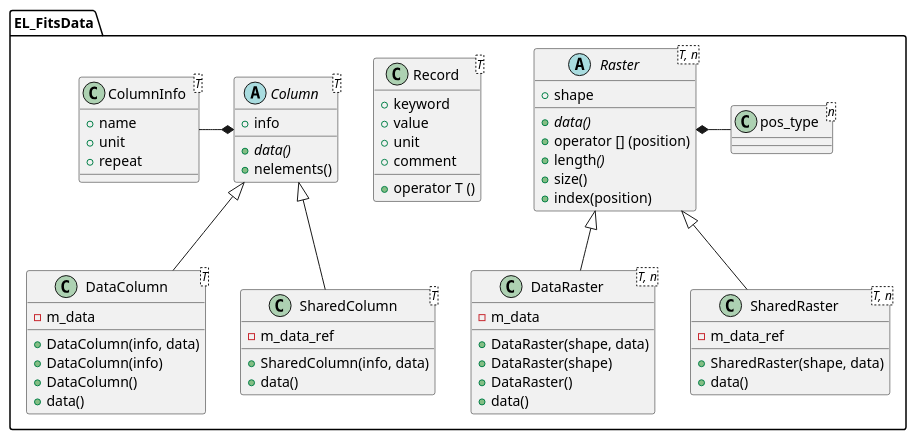
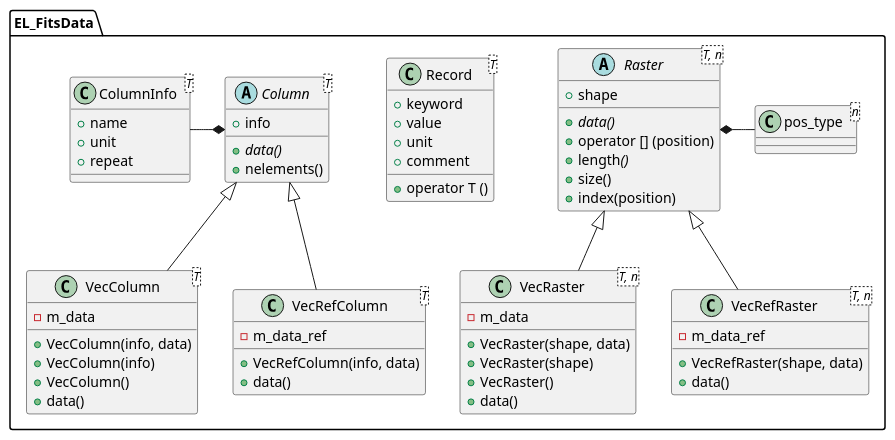
The diagram in doc/diagrams/src/FitsData.puml (CNES/EleFits), drawn with PlantUML before and after one commit. The commit also changed 22 other files, not shown here.

```diff
--- a/doc/diagrams/src/FitsData.puml
+++ b/doc/diagrams/src/FitsData.puml
@@ -1,77 +1,77 @@
 @startuml
 
 package EL_FitsData {
 
-Raster <|-- DataRaster
-Raster <|-- SharedRaster
+Raster <|-- VecRaster
+Raster <|-- VecRefRaster
 Raster *- pos_type
 
 Record -[hidden] Record
 
-Column <|-- DataColumn
-Column <|-- SharedColumn
+Column <|-- VecColumn
+Column <|-- VecRefColumn
 ColumnInfo -* Column
 
 class pos_type<n> {
 }
 
 abstract class Raster<T, n> {
 + shape
 + {abstract} data()
 + operator [] (position)
 + length<i>()
 + size()
 + index(position)
 }
 
-class DataRaster<T, n> {
+class VecRaster<T, n> {
 - m_data
-+ DataRaster(shape, data)
-+ DataRaster(shape)
-+ DataRaster()
++ VecRaster(shape, data)
++ VecRaster(shape)
++ VecRaster()
 + data()
 }
 
-class SharedRaster<T, n> {
+class VecRefRaster<T, n> {
 - m_data_ref
-+ SharedRaster(shape, data)
++ VecRefRaster(shape, data)
 + data()
 }
 
 class Record<T> {
 + keyword
 + value
 + unit
 + comment
 + operator T ()
 }
 
 class ColumnInfo<T> {
 + name
 + unit
 + repeat
 }
 
 abstract class Column<T> {
 + info
 + {abstract} data()
 + nelements()
 }
 
-class DataColumn<T> {
+class VecColumn<T> {
 - m_data
-+ DataColumn(info, data)
-+ DataColumn(info)
-+ DataColumn()
++ VecColumn(info, data)
++ VecColumn(info)
++ VecColumn()
 + data()
 }
 
-class SharedColumn<T> {
+class VecRefColumn<T> {
 - m_data_ref
-+ SharedColumn(info, data)
++ VecRefColumn(info, data)
 + data()
 }
 
 }
 
 @enduml
```
